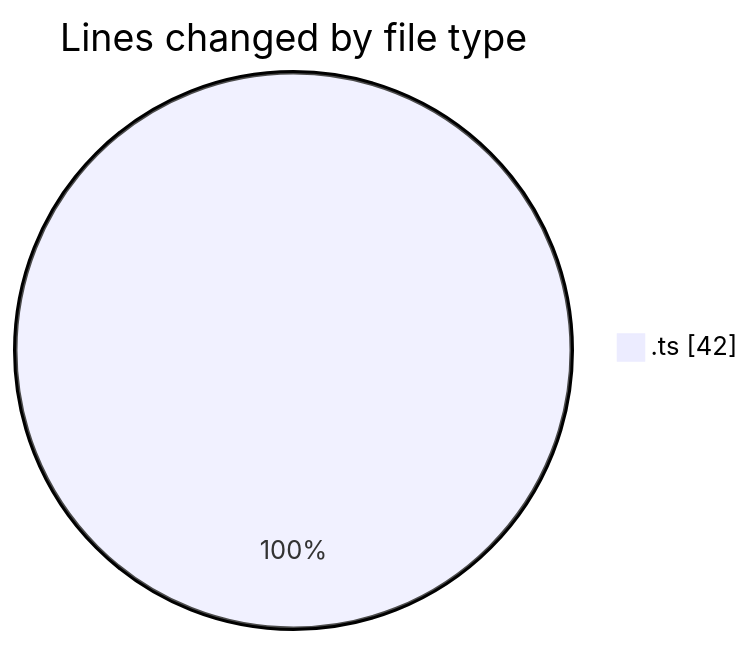
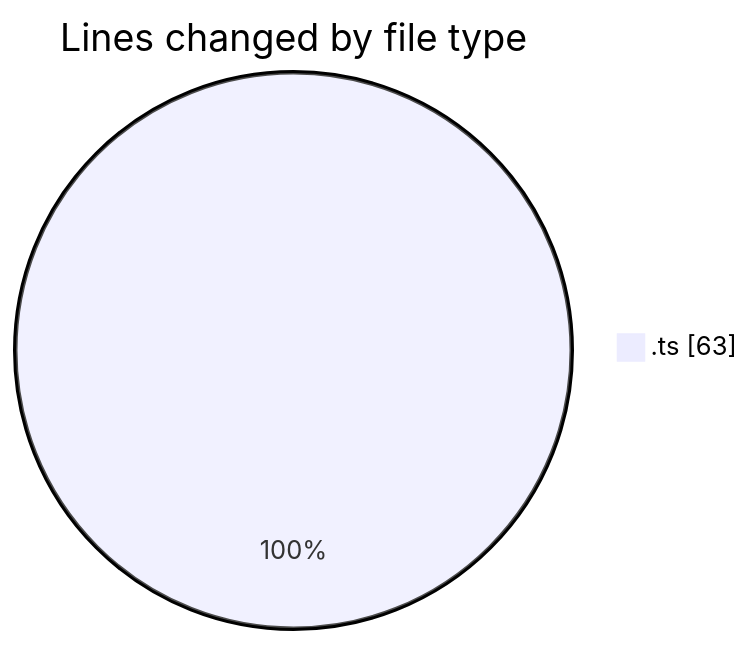
The first of 2 diagrams in 2025-06-24/cda/README.md (momahboobian/code-tracking), drawn with Mermaid before and after one commit. The commit also changed other lines of this file and 1 other file, not shown here.

````diff
--- a/2025-06-24/cda/README.md
+++ b/2025-06-24/cda/README.md
@@ -20,5 +20,5 @@
 ```mermaid
 pie showData
 title Lines changed by file type
-".ts" : 42
+".ts" : 63
 ```
````
